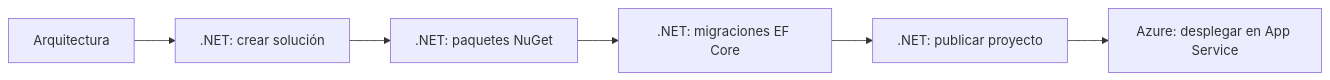
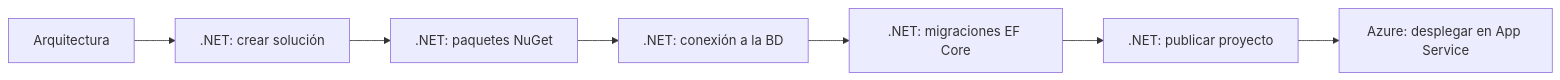
The diagram in README.md (EdwinTSAV/mi-viaje-con-net), drawn with Mermaid before and after one commit. The commit also changed other lines of this file and 1 other file, not shown here.

Commit message:
Documentación de la conexión a la BD

````diff
--- a/README.md
+++ b/README.md
@@ -31,8 +32,9 @@
 ```mermaid
 flowchart LR
     A[Arquitectura] --> B[.NET: crear solución]
     B --> C[.NET: paquetes NuGet]
-    C --> D[.NET: migraciones EF Core]
-    D --> E[.NET: publicar proyecto]
-    E --> F[Azure: desplegar en App Service]
+    C --> D[.NET: conexión a la BD]
+    D --> E[.NET: migraciones EF Core]
+    E --> F[.NET: publicar proyecto]
+    F --> G[Azure: desplegar en App Service]
 ```
````
